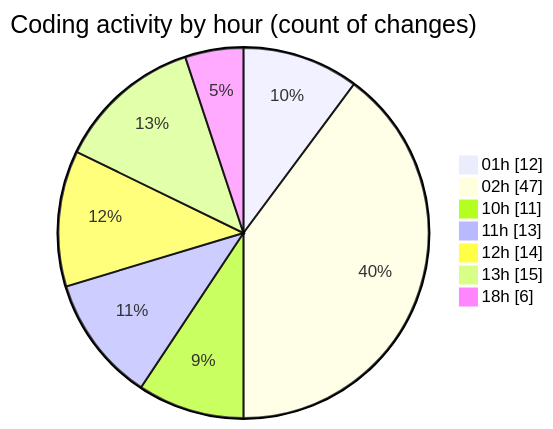
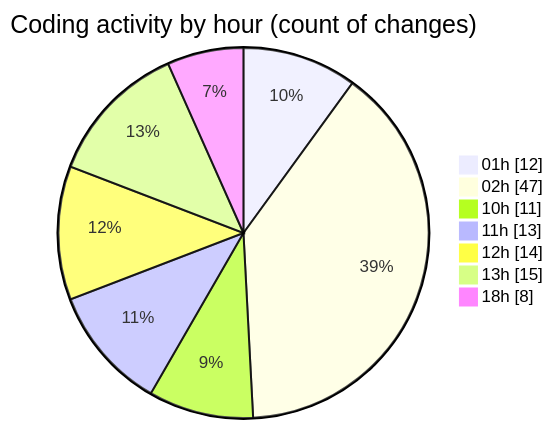
The second of 2 diagrams in 2025-10-24/eventscop-frontend-guide__workspace_/README.md (julien-gomy/code-tracking), drawn with Mermaid before and after one commit. The commit also changed other lines of this file and 1 other file, not shown here.

````diff
--- a/2025-10-24/eventscop-frontend-guide__workspace_/README.md
+++ b/2025-10-24/eventscop-frontend-guide__workspace_/README.md
@@ -61,11 +62,11 @@
 ```mermaid
 pie showData
 title Coding activity by hour (count of changes)
 "01h" : 12
 "02h" : 47
 "10h" : 11
 "11h" : 13
 "12h" : 14
 "13h" : 15
-"18h" : 6
+"18h" : 8
 ```
````
